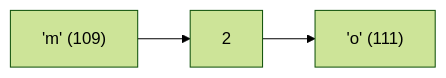
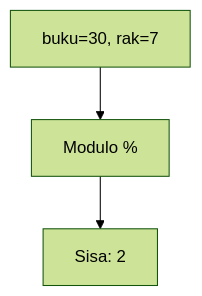
One commit to amnahwaida/OSNK_INF_PREP changed the fourth of 25 diagrams in part-c-pemahaman-cpp/01-tipe-data/latihan/set-06.md. Above: the diagram before and after it, drawn with Mermaid (forest theme). The commit also changed other lines of this file and 71 other files, not shown here.

````diff
--- a/part-c-pemahaman-cpp/01-tipe-data/latihan/set-06.md
+++ b/part-c-pemahaman-cpp/01-tipe-data/latihan/set-06.md
@@ -102,5 +108,5 @@
 ```mermaid
-graph LR
-A["'m' (109)"] --> B["2"]
-B --> C["'o' (111)"]
+graph TD
+A["buku=30, rak=7"] --> B["Modulo %"]
+B --> C["Sisa: 2"]
 ```
````
